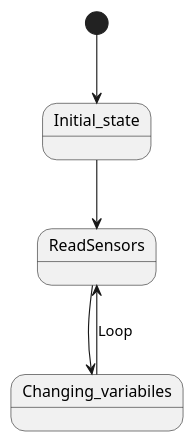
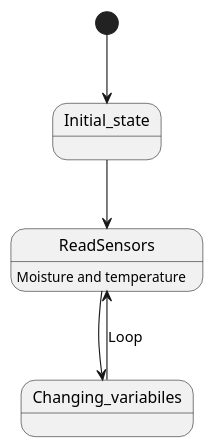
One commit to mersi940/Individual-assignment changed the diagram in src/chapter_1.md. Above: the diagram before and after it, drawn with PlantUML. The commit also changed 2 other files, not shown here.

Commit message:
commits  practice

````diff
--- a/src/chapter_1.md
+++ b/src/chapter_1.md
@@ -2,11 +2,12 @@
 ```plantuml
 @startuml
 
 
 [*] --> Initial_state
 Initial_state --> ReadSensors
+ReadSensors: Moisture and temperature
 ReadSensors --> Changing_variabiles
 Changing_variabiles --> ReadSensors : Loop
 @enduml
 
 ```
````
